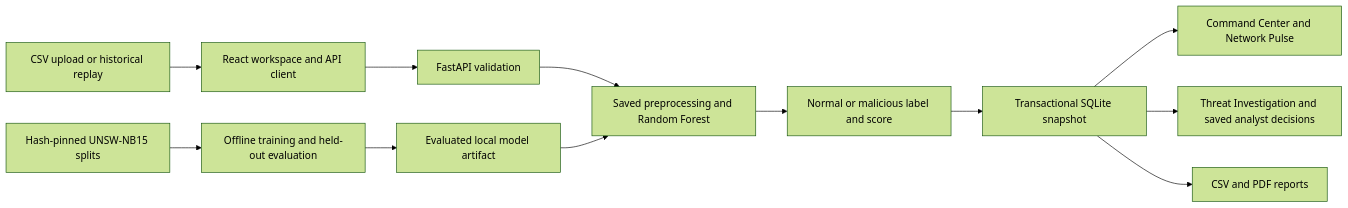
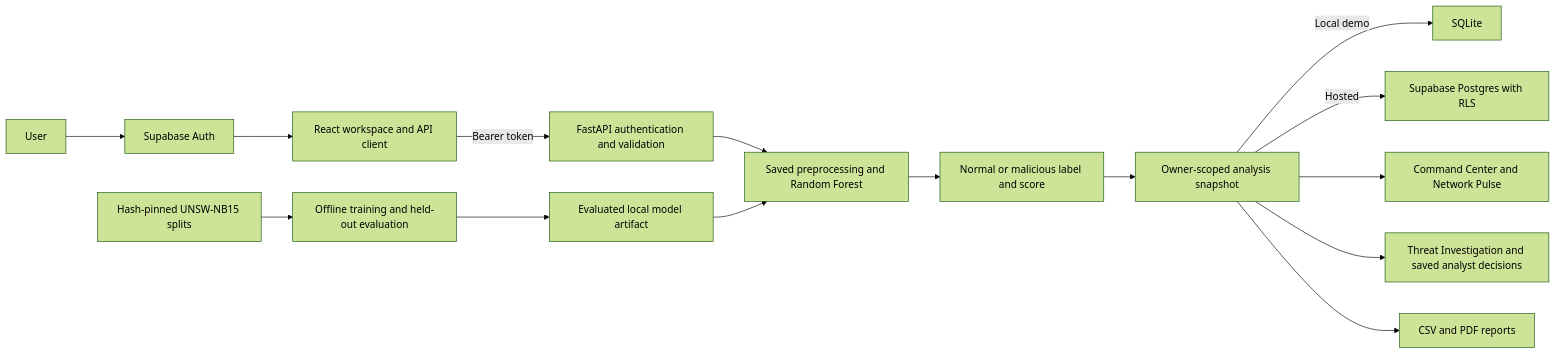
One commit to prajwal-io/NetLens-Ai changed the diagram in README.md. Above: the diagram before and after it, drawn with Mermaid (forest theme). The commit also changed other lines of this file and 87 other files, not shown here.

Commit message:
Complete NetLens auth and demo workflows

````diff
--- a/README.md
+++ b/README.md
@@ -319,14 +320,17 @@
 ```mermaid
 flowchart LR
-  U[CSV upload or historical replay] --> R[React workspace and API client]
-  R --> V[FastAPI validation]
+  U[User] --> AU[Supabase Auth]
+  AU --> R[React workspace and API client]
+  R -->|Bearer token| V[FastAPI authentication and validation]
   V --> M[Saved preprocessing and Random Forest]
   M --> P[Normal or malicious label and score]
-  P --> S[Transactional SQLite snapshot]
+  P --> S[Owner-scoped analysis snapshot]
+  S -->|Local demo| DB[SQLite]
+  S -->|Hosted| PG[Supabase Postgres with RLS]
   S --> D[Command Center and Network Pulse]
   S --> I[Threat Investigation and saved analyst decisions]
   S --> X[CSV and PDF reports]
   T[Hash-pinned UNSW-NB15 splits] --> Q[Offline training and held-out evaluation]
   Q --> A[Evaluated local model artifact]
   A --> M
 ```
````
